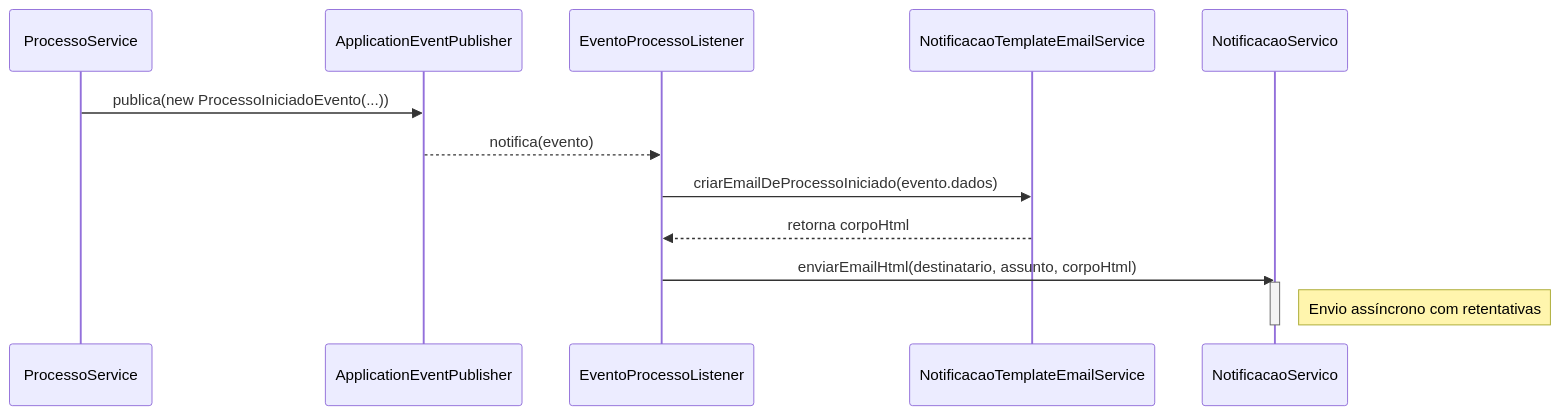
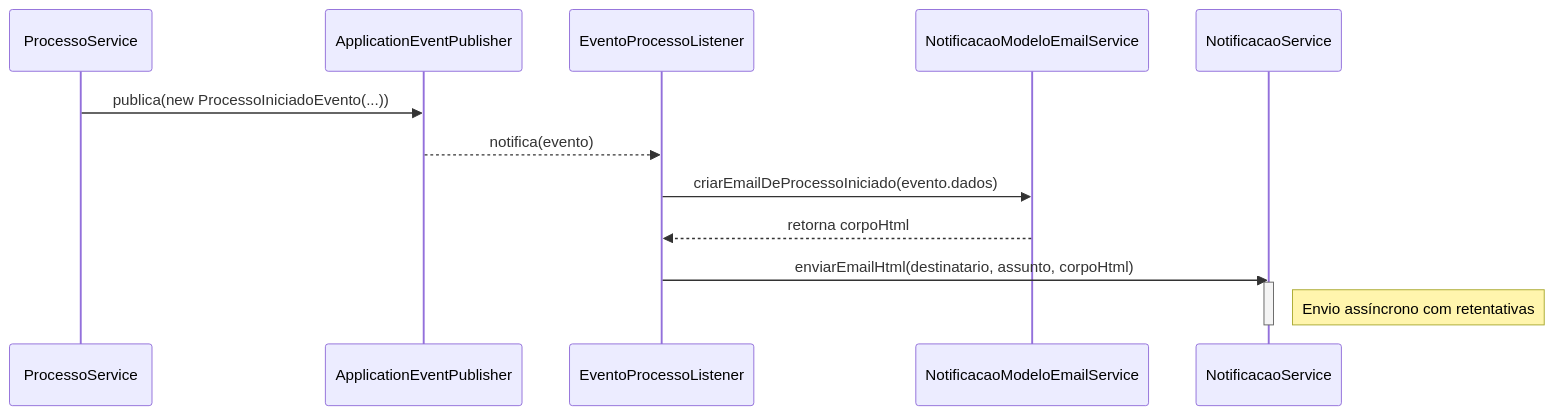
One commit to lgalvao/sgc changed the diagram in backend/src/main/java/sgc/notificacao/README.md. Above: the diagram before and after it, drawn with Mermaid. The commit also changed other lines of this file and 23 other files, not shown here.

First line of the commit message:
docs: Update all backend READMEs and add Mermaid diagrams

````diff
--- a/backend/src/main/java/sgc/notificacao/README.md
+++ b/backend/src/main/java/sgc/notificacao/README.md
@@ -38,17 +21,17 @@
 ```mermaid
 sequenceDiagram
     participant PS as ProcessoService
     participant EP as ApplicationEventPublisher
     participant EL as EventoProcessoListener
-    participant TS as NotificacaoTemplateEmailService
-    participant NS as NotificacaoServico
+    participant MS as NotificacaoModeloEmailService
+    participant NS as NotificacaoService
 
     PS->>EP: publica(new ProcessoIniciadoEvento(...))
     EP-->>EL: notifica(evento)
-    EL->>TS: criarEmailDeProcessoIniciado(evento.dados)
-    TS-->>EL: retorna corpoHtml
+    EL->>MS: criarEmailDeProcessoIniciado(evento.dados)
+    MS-->>EL: retorna corpoHtml
     EL->>NS: enviarEmailHtml(destinatario, assunto, corpoHtml)
     activate NS
     Note right of NS: Envio assíncrono com retentativas
     deactivate NS
 ```
````
